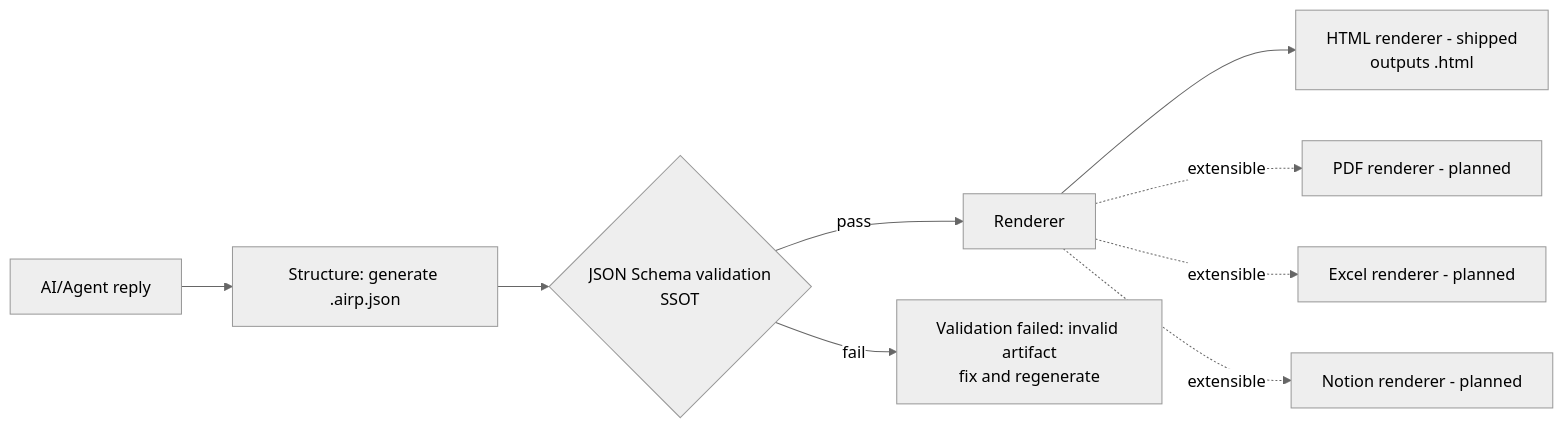
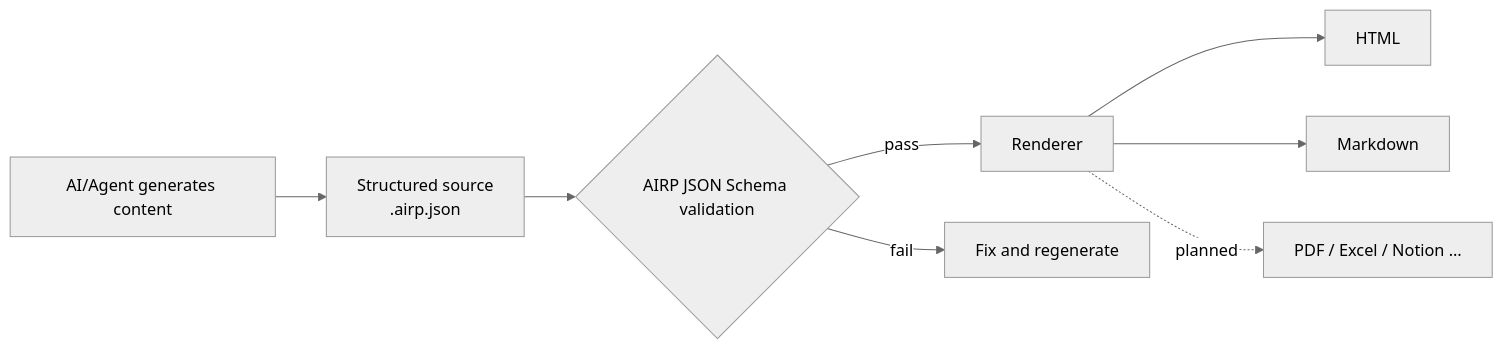
One commit to maosong-ai/airp changed the diagram in README.md. Above: the diagram before and after it, drawn with Mermaid (neutral theme). The commit also changed other lines of this file and 9 other files, not shown here.

````diff
--- a/README.md
+++ b/README.md
@@ -29,11 +62,10 @@
 ```mermaid
 flowchart LR
-  A[AI/Agent reply] --> B[Structure: generate .airp.json]
-  B --> C{JSON Schema validation<br/>SSOT}
+  A[AI/Agent generates content] --> B[Structured source<br/>.airp.json]
+  B --> C{AIRP JSON Schema validation}
   C -- pass --> D[Renderer]
-  C -- fail --> E[Validation failed: invalid artifact<br/>fix and regenerate]
-  D --> H[HTML renderer - shipped<br/>outputs .html]
-  D -. extensible .-> P[PDF renderer - planned]
-  D -. extensible .-> X[Excel renderer - planned]
-  D -. extensible .-> N[Notion renderer - planned]
+  C -- fail --> E[Fix and regenerate]
+  D --> H[HTML]
+  D --> M[Markdown]
+  D -. planned .-> P[PDF / Excel / Notion …]
 ```
````
